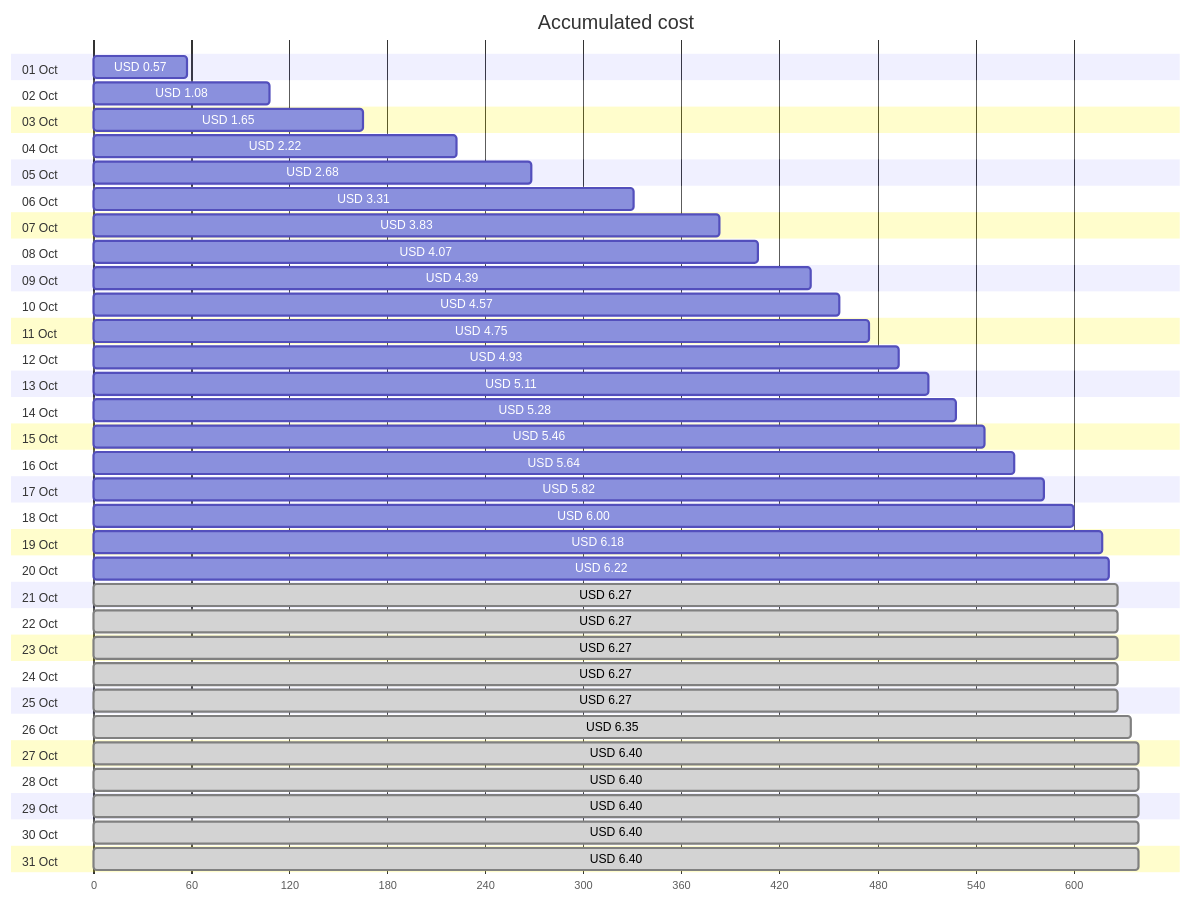
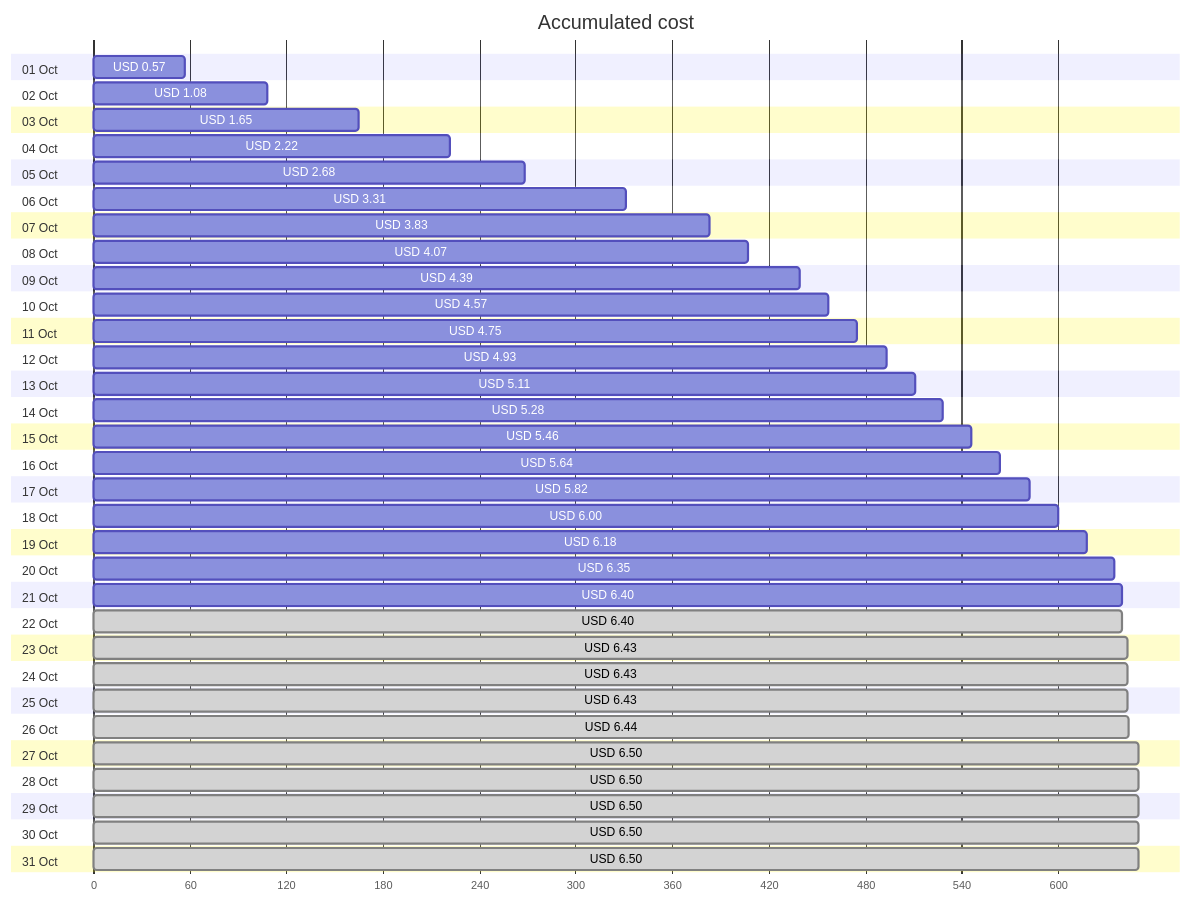
One commit to jpfulton/azure-personal-reports changed the first of 4 diagrams in cost-reports/personal-network/vpn-server.md. Above: the diagram before and after it, drawn with Mermaid. The commit also changed other lines of this file and 8 other files, not shown here.

````diff
--- a/cost-reports/personal-network/vpn-server.md
+++ b/cost-reports/personal-network/vpn-server.md
@@ -20,68 +20,68 @@
 ```mermaid
 gantt
    title Accumulated cost
    dateFormat  X
    axisFormat %s
    section 01 Oct
    USD 0.57 :0, 57
    section 02 Oct
    USD 1.08 :0, 108
    section 03 Oct
    USD 1.65 :0, 165
    section 04 Oct
    USD 2.22 :0, 222
    section 05 Oct
    USD 2.68 :0, 268
    section 06 Oct
    USD 3.31 :0, 331
    section 07 Oct
    USD 3.83 :0, 383
    section 08 Oct
    USD 4.07 :0, 407
    section 09 Oct
    USD 4.39 :0, 439
    section 10 Oct
    USD 4.57 :0, 457
    section 11 Oct
    USD 4.75 :0, 475
    section 12 Oct
    USD 4.93 :0, 493
    section 13 Oct
    USD 5.11 :0, 511
    section 14 Oct
    USD 5.28 :0, 528
    section 15 Oct
    USD 5.46 :0, 546
    section 16 Oct
    USD 5.64 :0, 564
    section 17 Oct
    USD 5.82 :0, 582
    section 18 Oct
    USD 6.00 :0, 600
    section 19 Oct
    USD 6.18 :0, 618
    section 20 Oct
-   USD 6.22 :0, 622
+   USD 6.35 :0, 635
    section 21 Oct
-   USD 6.27 : done, 0, 627
+   USD 6.40 :0, 640
    section 22 Oct
-   USD 6.27 : done, 0, 627
+   USD 6.40 : done, 0, 640
    section 23 Oct
-   USD 6.27 : done, 0, 627
+   USD 6.43 : done, 0, 643
    section 24 Oct
-   USD 6.27 : done, 0, 627
+   USD 6.43 : done, 0, 643
    section 25 Oct
-   USD 6.27 : done, 0, 627
+   USD 6.43 : done, 0, 643
    section 26 Oct
-   USD 6.35 : done, 0, 635
+   USD 6.44 : done, 0, 644
    section 27 Oct
-   USD 6.40 : done, 0, 640
+   USD 6.50 : done, 0, 650
    section 28 Oct
-   USD 6.40 : done, 0, 640
+   USD 6.50 : done, 0, 650
    section 29 Oct
-   USD 6.40 : done, 0, 640
+   USD 6.50 : done, 0, 650
    section 30 Oct
-   USD 6.40 : done, 0, 640
+   USD 6.50 : done, 0, 650
    section 31 Oct
-   USD 6.40 : done, 0, 640
+   USD 6.50 : done, 0, 650
 ```
````
